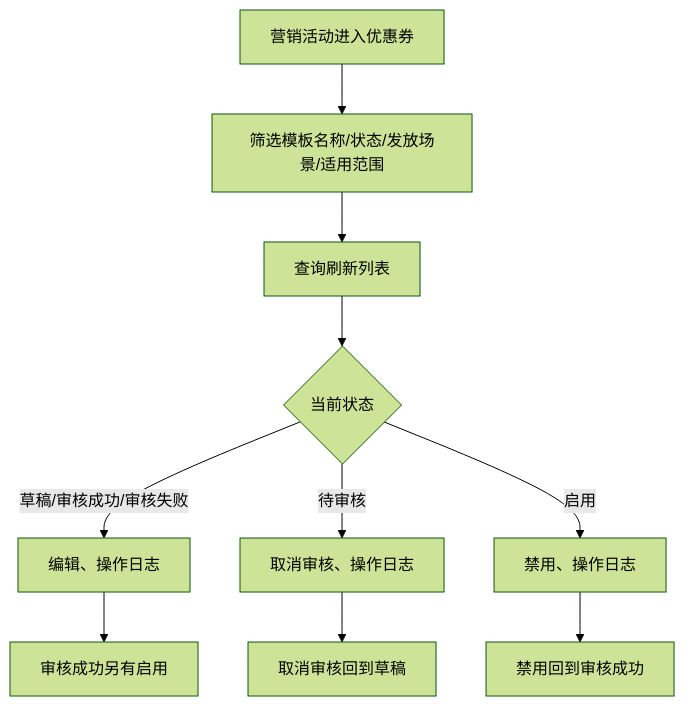
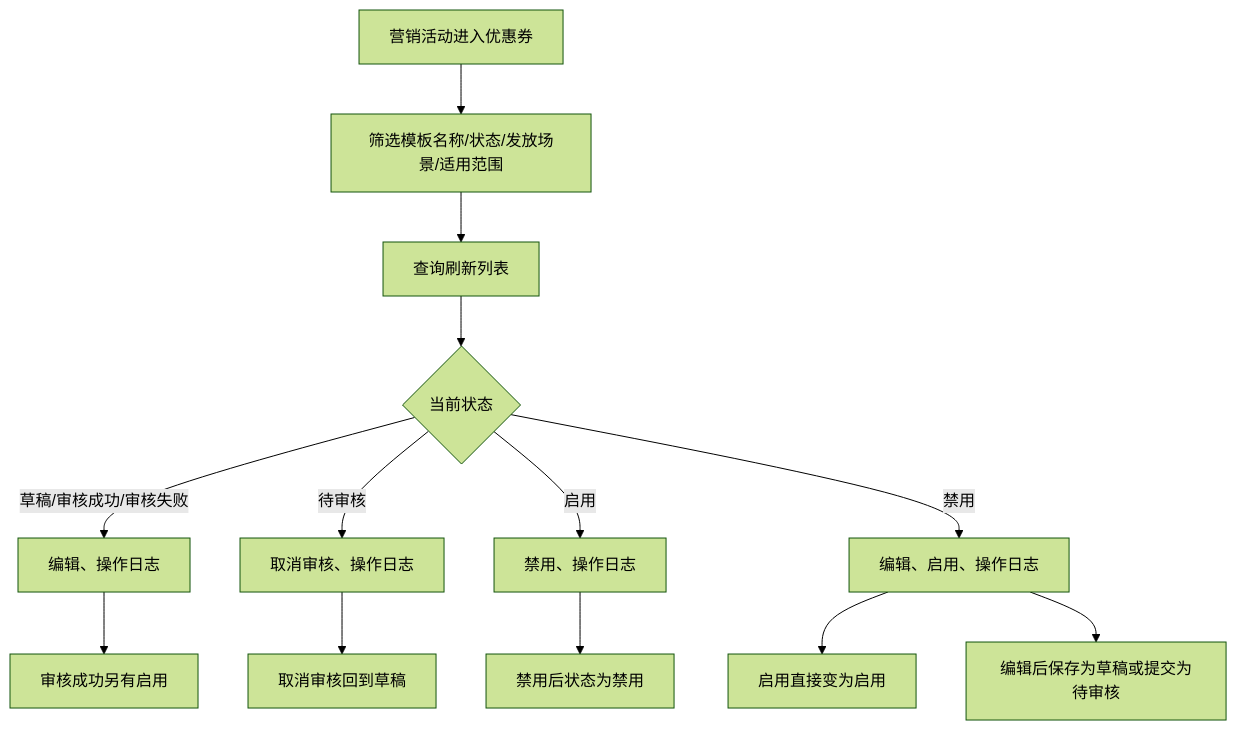
Before and after one commit to 342-droid/LFerp: the third of 10 diagrams in prototype-prd/23-会员发券以及优惠券增加审核.md, drawn with Mermaid (forest theme). The commit also changed other lines of this file and 15 other files, not shown here.

````diff
--- a/prototype-prd/23-会员发券以及优惠券增加审核.md
+++ b/prototype-prd/23-会员发券以及优惠券增加审核.md
@@ -225,12 +235,15 @@
 ```mermaid
 flowchart TD
   A[营销活动进入优惠券] --> B[筛选模板名称/状态/发放场景/适用范围]
   B --> C[查询刷新列表]
   C --> D{当前状态}
   D -->|草稿/审核成功/审核失败| E[编辑、操作日志]
   D -->|待审核| F[取消审核、操作日志]
   D -->|启用| G[禁用、操作日志]
+  D -->|禁用| K[编辑、启用、操作日志]
   E --> H[审核成功另有启用]
   F --> I[取消审核回到草稿]
-  G --> J[禁用回到审核成功]
+  G --> J[禁用后状态为禁用]
+  K --> L[启用直接变为启用]
+  K --> M[编辑后保存为草稿或提交为待审核]
 ```
````
